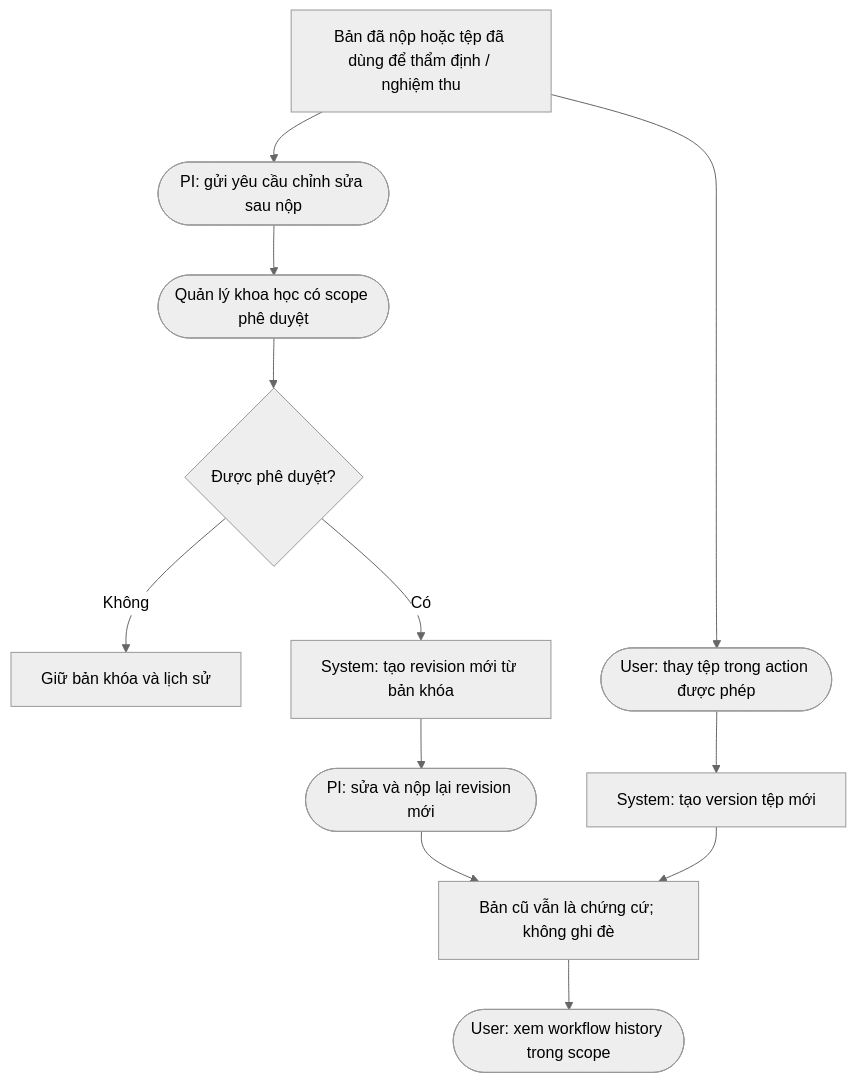
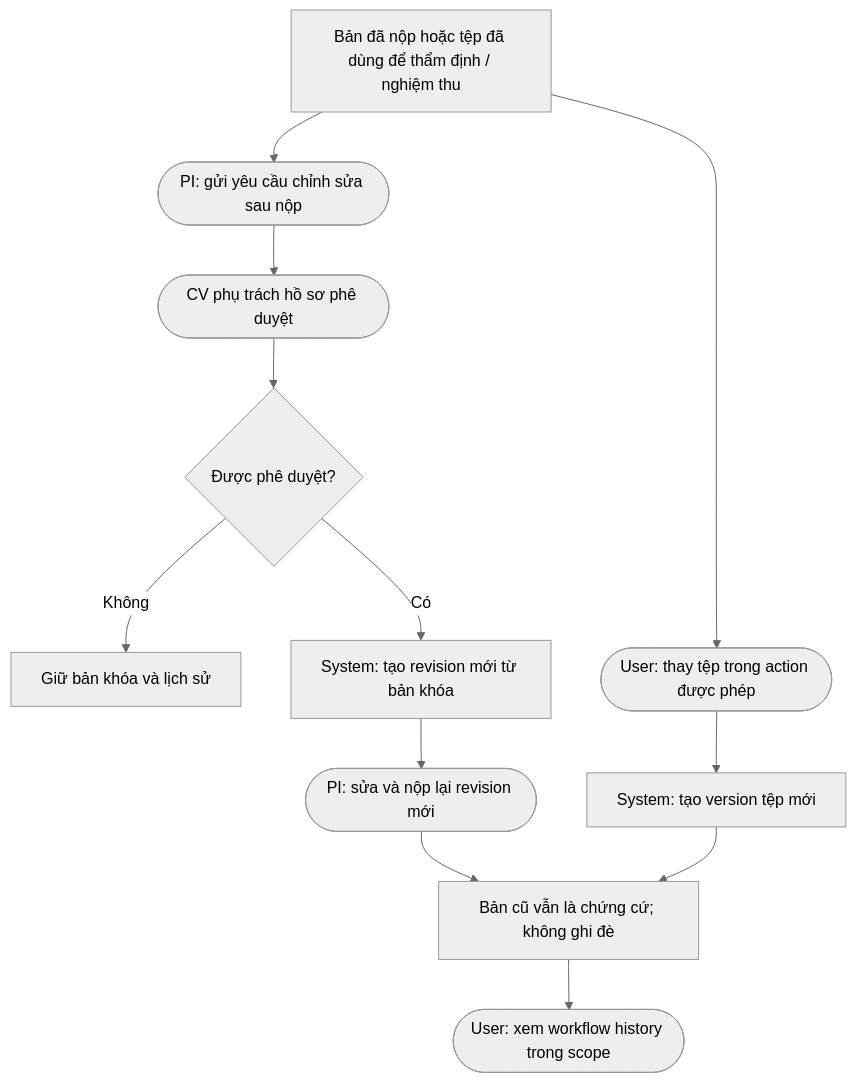
The diagram in docs/diagrams/version-management.md (thanhdotien278/DocManS), drawn with Mermaid (neutral theme) before and after one commit. The commit also changed 7 other files, not shown here.

````diff
--- a/docs/diagrams/version-management.md
+++ b/docs/diagrams/version-management.md
@@ -3,20 +3,20 @@
 ```mermaid
 flowchart TD
   locked["Bản đã nộp hoặc tệp đã dùng để thẩm định / nghiệm thu"]
   edit_request(["PI: gửi yêu cầu chỉnh sửa sau nộp"])
-  staff_approval(["Quản lý khoa học có scope phê duyệt"])
+  staff_approval(["CV phụ trách hồ sơ phê duyệt"])
   approved{"Được phê duyệt?"}
   unchanged["Giữ bản khóa và lịch sử"]
   new_revision["System: tạo revision mới từ bản khóa"]
   current(["PI: sửa và nộp lại revision mới"])
   old_kept["Bản cũ vẫn là chứng cứ; không ghi đè"]
   file_replace(["User: thay tệp trong action được phép"])
   file_version["System: tạo version tệp mới"]
   history(["User: xem workflow history trong scope"])
 
   locked --> edit_request --> staff_approval --> approved
   approved -- "Không" --> unchanged
   approved -- "Có" --> new_revision --> current --> old_kept
   locked --> file_replace --> file_version --> old_kept
   old_kept --> history
 ```
````
